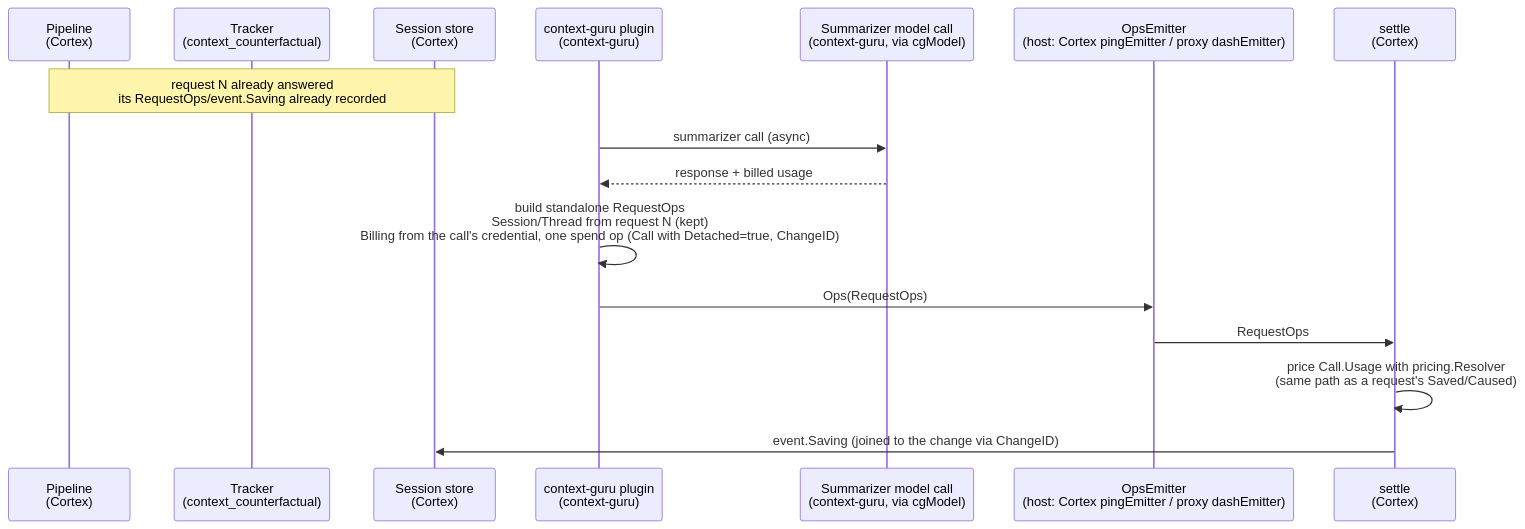
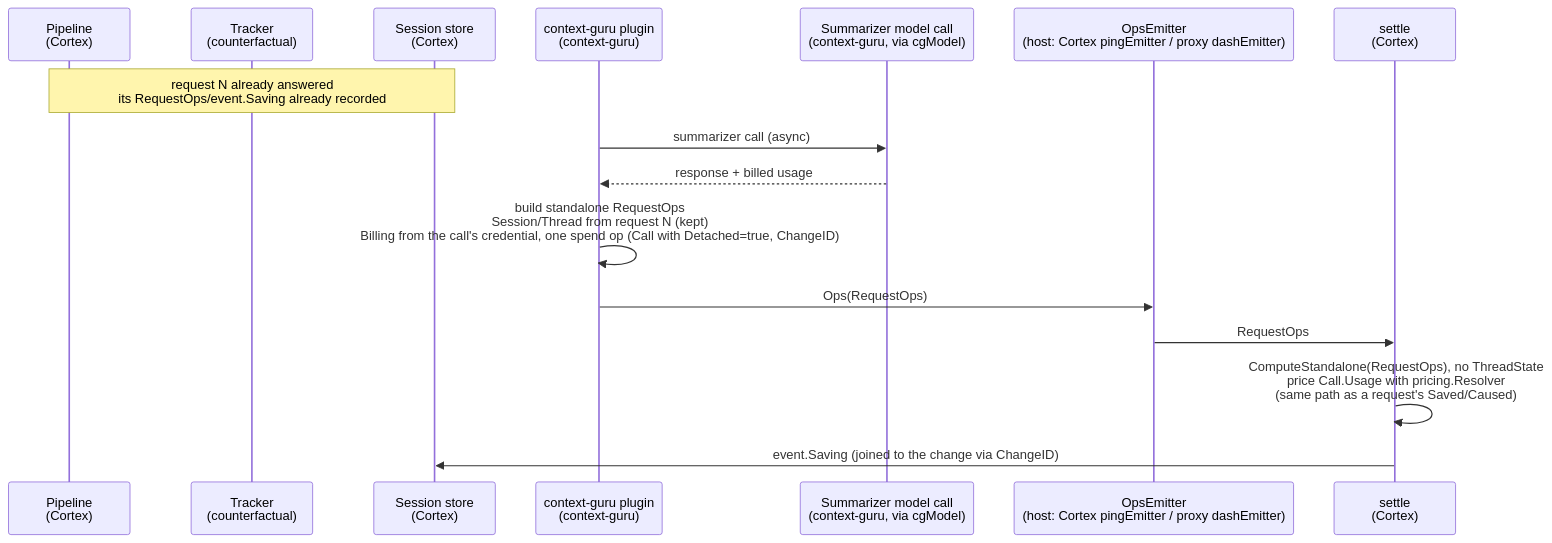
One commit to rossoctl/context-guru changed the second of 3 diagrams in docs/counterfactual/cortex-wiring.md. Above: the diagram before and after it, drawn with Mermaid. The commit also changed other lines of this file and 4 other files, not shown here.

````diff
--- a/docs/counterfactual/cortex-wiring.md
+++ b/docs/counterfactual/cortex-wiring.md
@@ -179,19 +189,19 @@
 ```mermaid
 sequenceDiagram
     participant Pipeline as Pipeline<br/>(Cortex)
-    participant Tracker as Tracker<br/>(context_counterfactual)
+    participant Tracker as Tracker<br/>(counterfactual)
     participant Store as Session store<br/>(Cortex)
     participant Plugin as context-guru plugin<br/>(context-guru)
     participant Model as Summarizer model call<br/>(context-guru, via cgModel)
     participant Emitter as OpsEmitter<br/>(host: Cortex pingEmitter / proxy dashEmitter)
     participant Settle as settle<br/>(Cortex)
 
     Note over Pipeline,Store: request N already answered<br/>its RequestOps/event.Saving already recorded
     Plugin->>Model: summarizer call (async)
     Model-->>Plugin: response + billed usage
     Plugin->>Plugin: build standalone RequestOps<br/>Session/Thread from request N (kept)<br/>Billing from the call's credential, one spend op (Call with Detached=true, ChangeID)
     Plugin->>Emitter: Ops(RequestOps)
     Emitter->>Settle: RequestOps
-    Settle->>Settle: price Call.Usage with pricing.Resolver<br/>(same path as a request's Saved/Caused)
+    Settle->>Settle: ComputeStandalone(RequestOps), no ThreadState<br/>price Call.Usage with pricing.Resolver<br/>(same path as a request's Saved/Caused)
     Settle->>Store: event.Saving (joined to the change via ChangeID)
 ```
````
